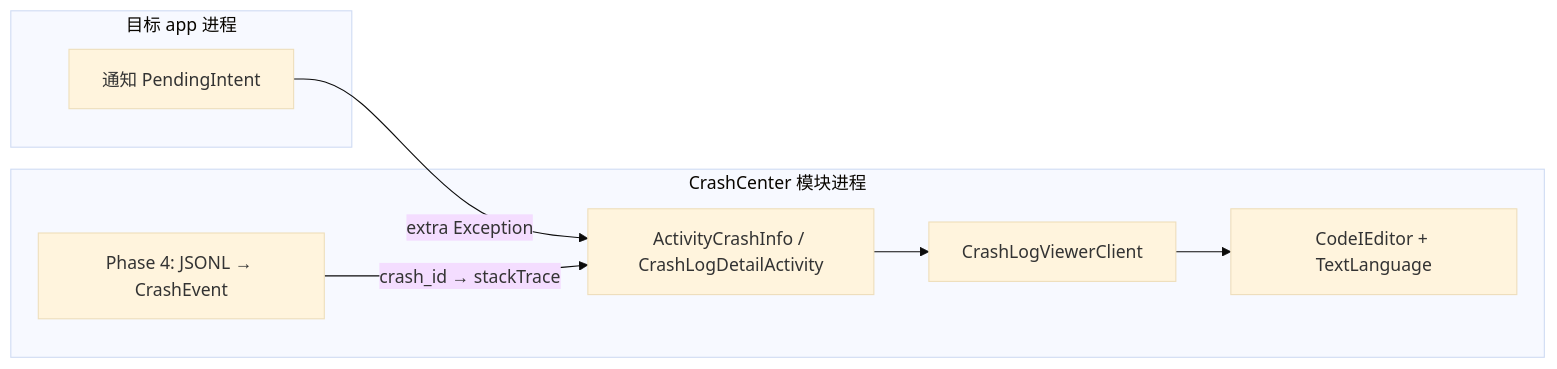
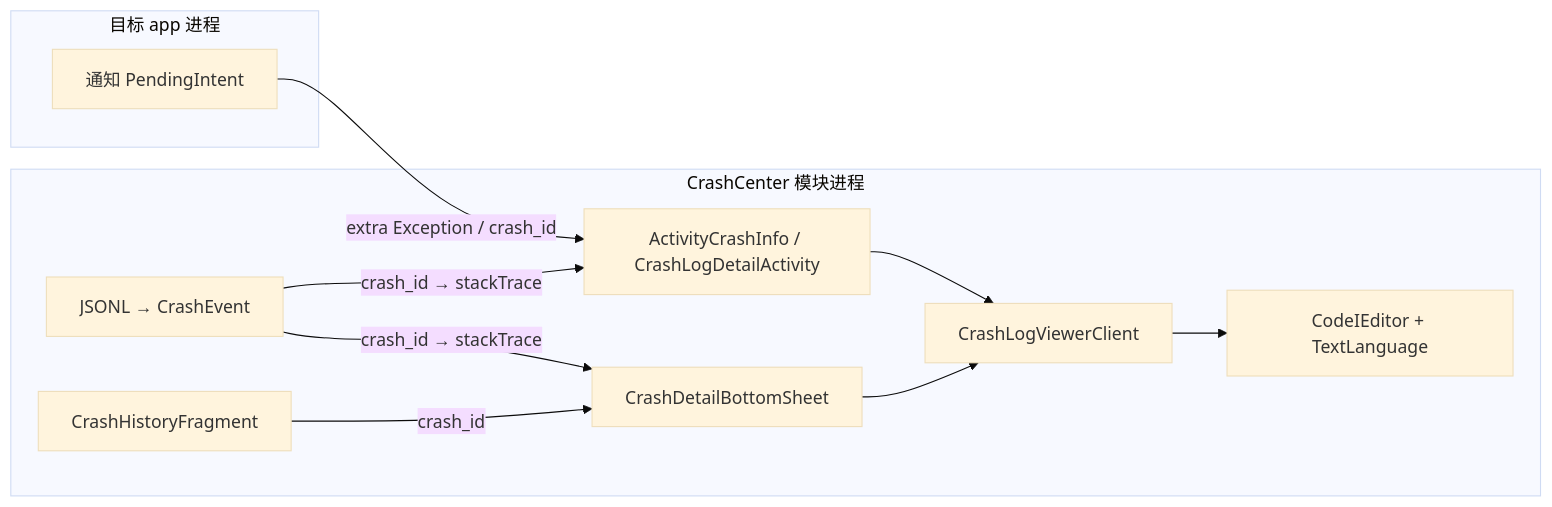
One commit to TIIEHenry/CrashCenter changed the diagram in docs/architecture/code-editor-porting.md. Above: the diagram before and after it, drawn with Mermaid (base theme). The commit also changed other lines of this file and 59 other files, not shown here.

First line of the commit message:
feat: Phase 4B-α multi-backend crash log, 4C-β detail sheet, capture pipeline

````diff
--- a/docs/architecture/code-editor-porting.md
+++ b/docs/architecture/code-editor-porting.md
@@ -231,16 +280,21 @@
 ```mermaid
 flowchart LR
     subgraph hook [目标 app 进程]
         N[通知 PendingIntent]
     end
     subgraph module [CrashCenter 模块进程]
         A[ActivityCrashInfo / CrashLogDetailActivity]
+        S[CrashDetailBottomSheet]
         C[CrashLogViewerClient]
         E[CodeIEditor + TextLanguage]
-        J[Phase 4: JSONL → CrashEvent]
+        J[JSONL → CrashEvent]
+        H[CrashHistoryFragment]
     end
-    N -->|extra Exception| A
+    N -->|extra Exception / crash_id| A
+    H -->|crash_id| S
     J -->|crash_id → stackTrace| A
+    J -->|crash_id → stackTrace| S
     A --> C
+    S --> C
     C --> E
 ```
````
